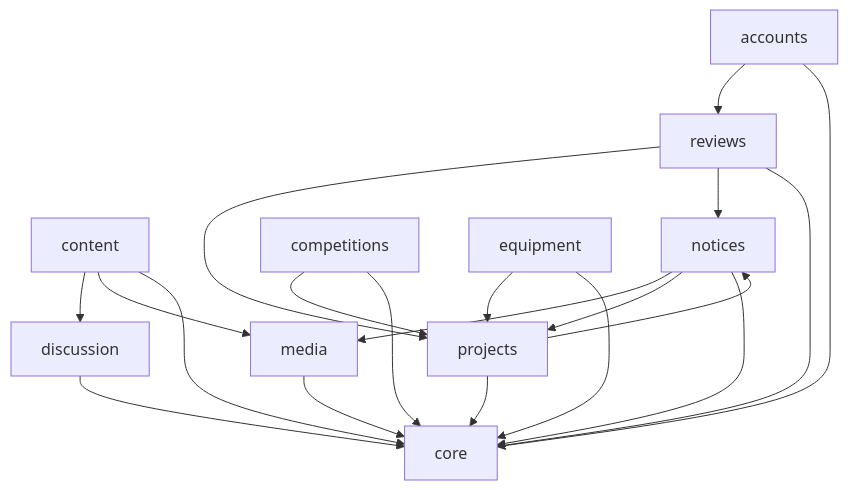
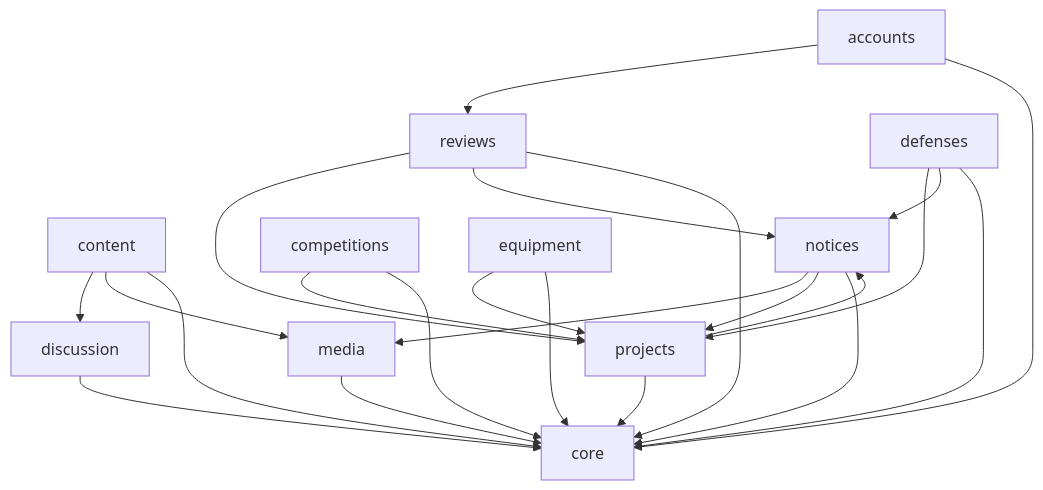
One commit to new-tocode/702platform changed the diagram in docs/更新维护/模块与关系.md. Above: the diagram before and after it, drawn with Mermaid. The commit also changed other lines of this file and 7 other files, not shown here.

````diff
--- a/docs/更新维护/模块与关系.md
+++ b/docs/更新维护/模块与关系.md
@@ -33,15 +34,17 @@
 ```mermaid
 graph TD
     content["content"] --> discussion["discussion"]
     content --> media["media"]
     notices["notices"] --> media
     notices --> projects["projects"]
     projects --> notices
     competitions["competitions"] --> projects
     equipment["equipment"] --> projects
     reviews["reviews"] --> projects
     reviews --> notices
+    defenses["defenses"] --> projects
+    defenses --> notices
     accounts["accounts"] --> reviews
-    accounts & notices & projects & reviews & competitions --> core["core"]
+    accounts & notices & projects & reviews & defenses & competitions --> core["core"]
     equipment & content & discussion & media --> core
 ```
````
